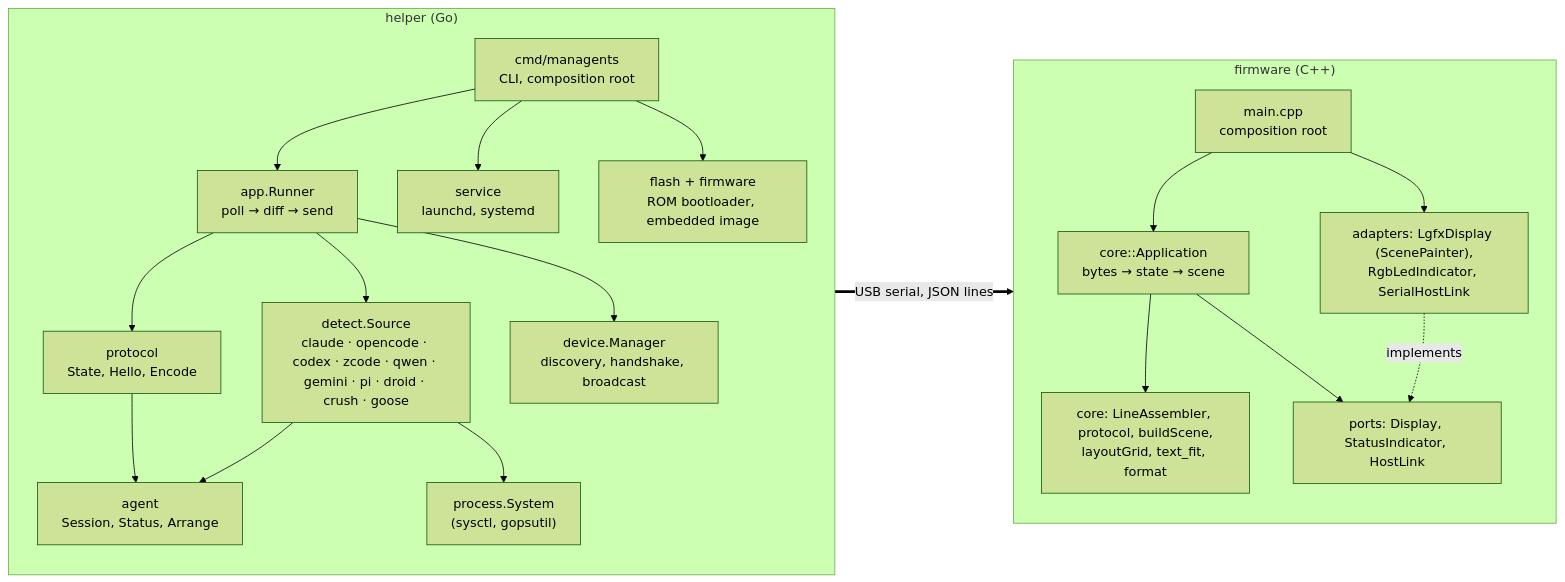
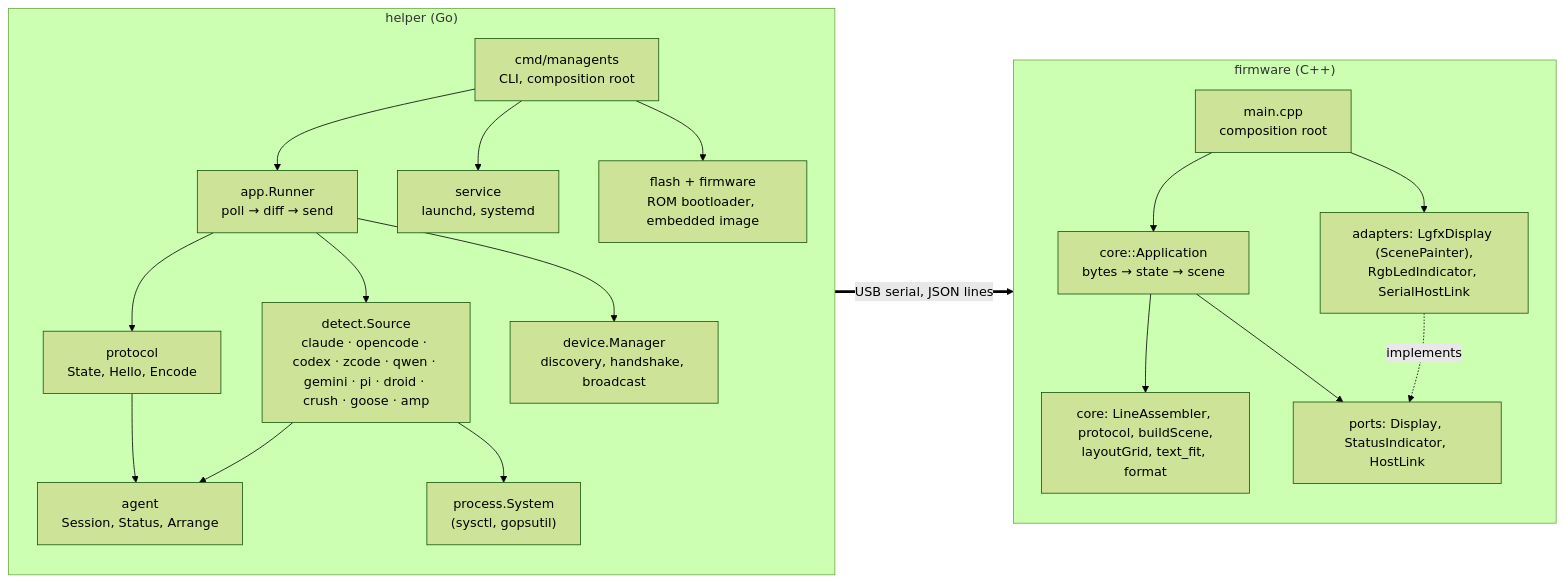
Before and after one commit to tonylook/managents: the first of 2 diagrams in docs/architecture.md, drawn with Mermaid (forest theme). The commit also changed other lines of this file and 8 other files, not shown here.

````diff
--- a/docs/architecture.md
+++ b/docs/architecture.md
@@ -12,31 +12,31 @@
 ```mermaid
 flowchart LR
     subgraph helper["helper (Go)"]
         direction TB
         cmd["cmd/managents<br/>CLI, composition root"]
         appr["app.Runner<br/>poll → diff → send"]
-        detect["detect.Source<br/>claude · opencode · codex · zcode · qwen · gemini · pi · droid · crush · goose"]
+        detect["detect.Source<br/>claude · opencode · codex · zcode · qwen · gemini · pi · droid · crush · goose · amp"]
         agentd["agent<br/>Session, Status, Arrange"]
         proto["protocol<br/>State, Hello, Encode"]
         device["device.Manager<br/>discovery, handshake, broadcast"]
         procs["process.System<br/>(sysctl, gopsutil)"]
         svc["service<br/>launchd, systemd"]
         flash["flash + firmware<br/>ROM bootloader, embedded image"]
         cmd --> appr & svc & flash
         appr --> detect & proto & device
         detect --> agentd & procs
         proto --> agentd
     end
     subgraph firmware["firmware (C++)"]
         direction TB
         main["main.cpp<br/>composition root"]
         appc["core::Application<br/>bytes → state → scene"]
         corep["core: LineAssembler, protocol, buildScene,<br/>layoutGrid, text_fit, format"]
         ports["ports: Display, StatusIndicator, HostLink"]
         adapters["adapters: LgfxDisplay (ScenePainter),<br/>RgbLedIndicator, SerialHostLink"]
         main --> appc & adapters
         appc --> corep & ports
         adapters -. implements .-> ports
     end
     device == "USB serial, JSON lines" ==> main
 ```
````
